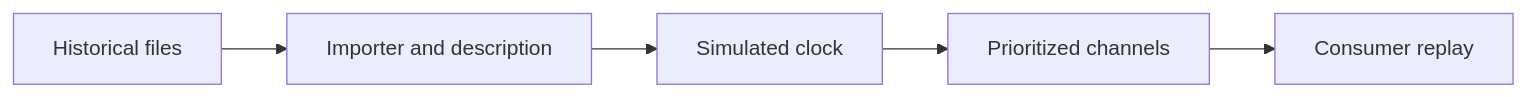
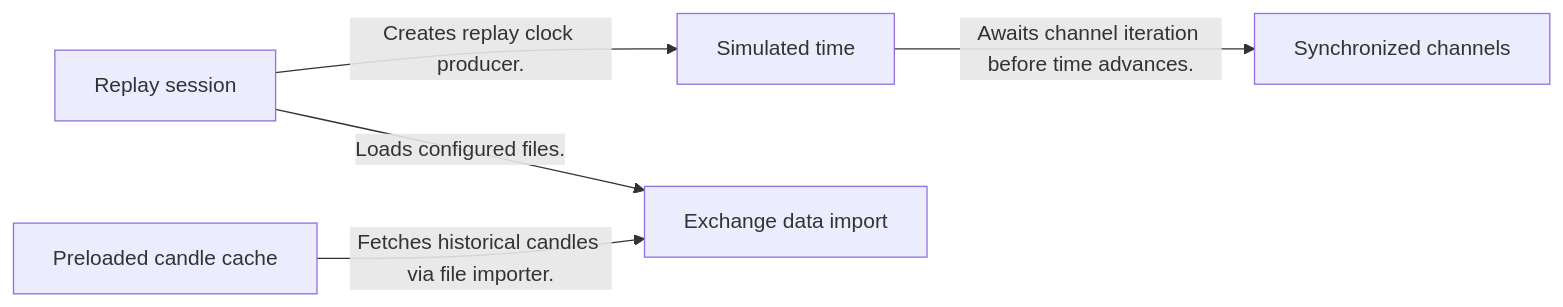
Before and after one commit to alexcwyu/OctoBot-Backtesting: the first of 4 diagrams in docs/ayu-develop.md, drawn with Mermaid. The commit also changed other lines of this file and 7 other files, not shown here.

Commit message:
docs: standardize source-reviewed system guides and offline diagrams

````diff
--- a/docs/ayu-develop.md
+++ b/docs/ayu-develop.md
@@ -10,12 +67,12 @@
 ```mermaid
 flowchart LR
-  A0["Historical files"]
-  A1["Importer and description"]
-  A2["Simulated clock"]
-  A3["Prioritized channels"]
-  A4["Consumer replay"]
-  A0 --> A1
-  A1 --> A2
-  A2 --> A3
-  A3 --> A4
+  N0["Replay session"]
+  N1["Simulated time"]
+  N2["Exchange data import"]
+  N3["Preloaded candle cache"]
+  N4["Synchronized channels"]
+  N0 -->|"Creates replay clock producer."| N1
+  N0 -->|"Loads configured files."| N2
+  N1 -->|"Awaits channel iteration before time advances."| N4
+  N3 -->|"Fetches historical candles via file importer."| N2
 ```
````
